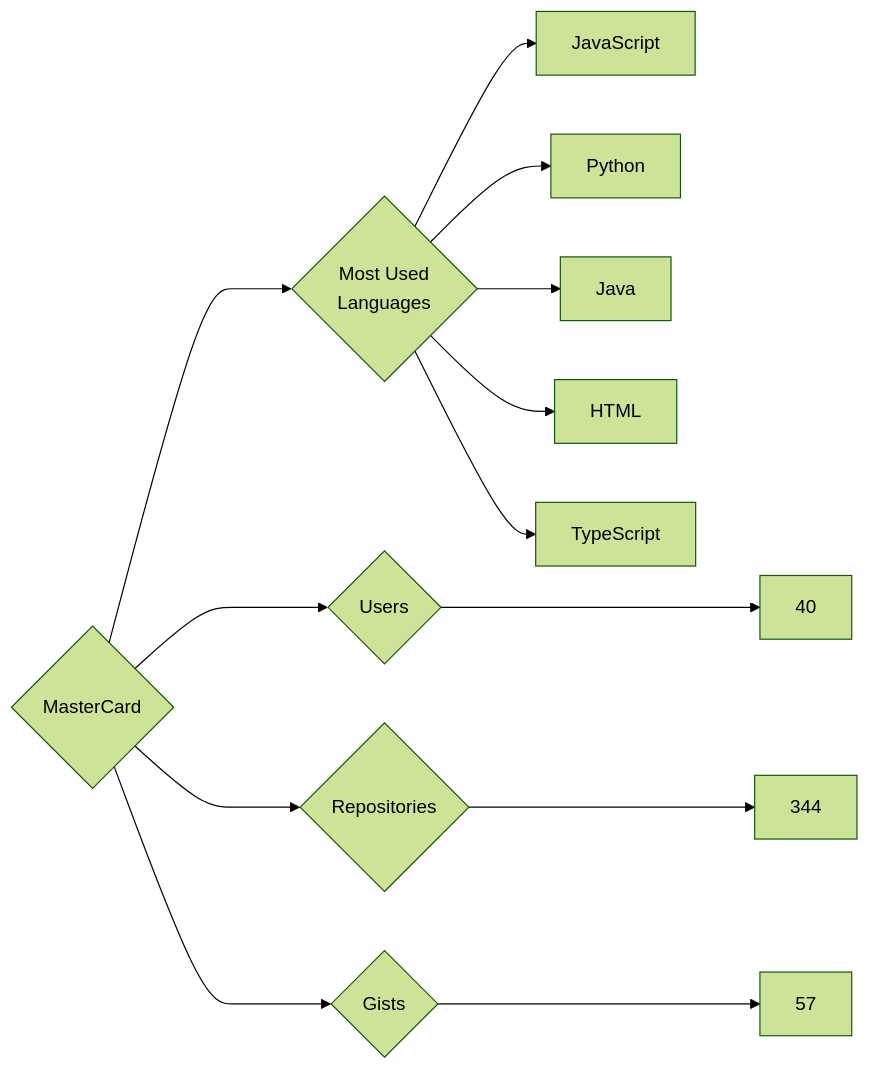
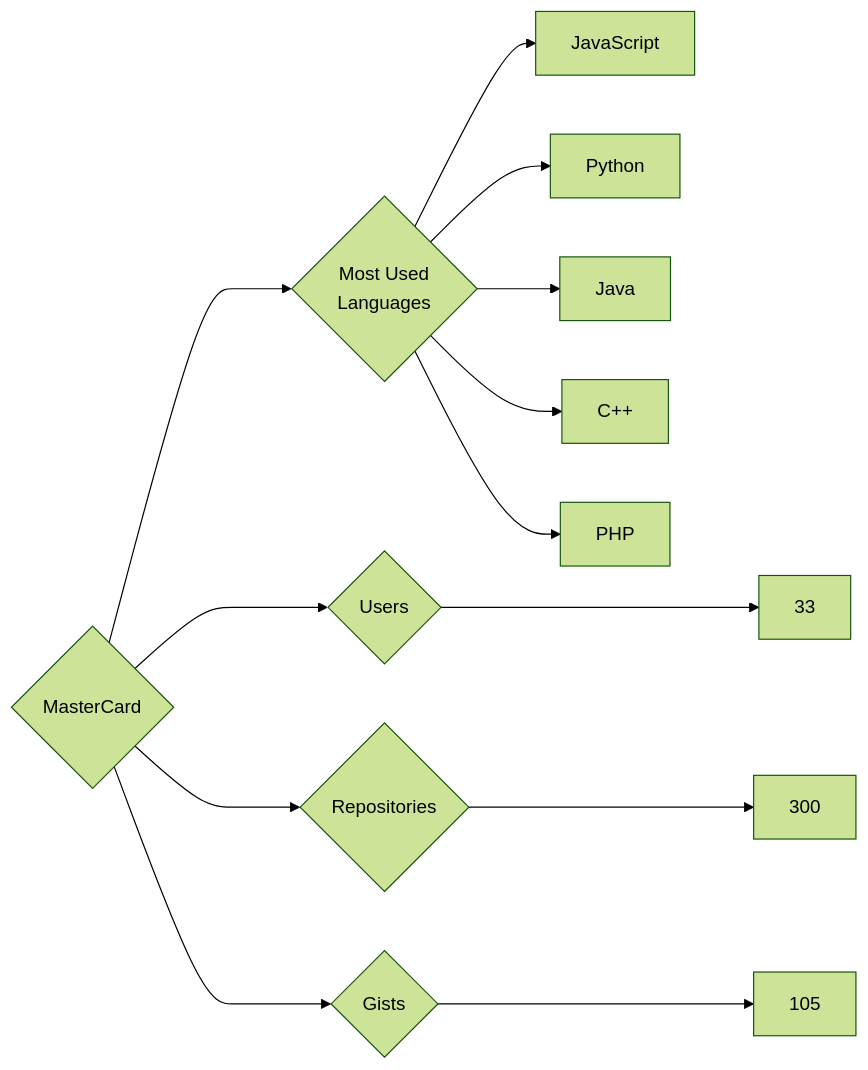
Before and after one commit to trickest/insiders: the diagram in targets/MasterCard/README.md, drawn with Mermaid (forest theme). The commit also changed 969 other files, not shown here.

````diff
--- a/targets/MasterCard/README.md
+++ b/targets/MasterCard/README.md
@@ -3,13 +3,13 @@
 ```mermaid
 graph LR
 COMPANY_NAME{MasterCard}
-COMPANY_NAME ---> U{Users} ---> UN[40]
-COMPANY_NAME ---> R{Repositories} ---> RN[344]
-COMPANY_NAME ---> G{Gists} ---> GN[57]
+COMPANY_NAME ---> U{Users} ---> UN[33]
+COMPANY_NAME ---> R{Repositories} ---> RN[300]
+COMPANY_NAME ---> G{Gists} ---> GN[105]
 COMPANY_NAME ---> ML{Most Used<br>Languages}
 ML --> JavaScript[JavaScript]
 ML --> Python[Python]
 ML --> Java[Java]
-ML --> HTML[HTML]
-ML --> TypeScript[TypeScript]
+ML --> C++[C++]
+ML --> PHP[PHP]
 ```
````
